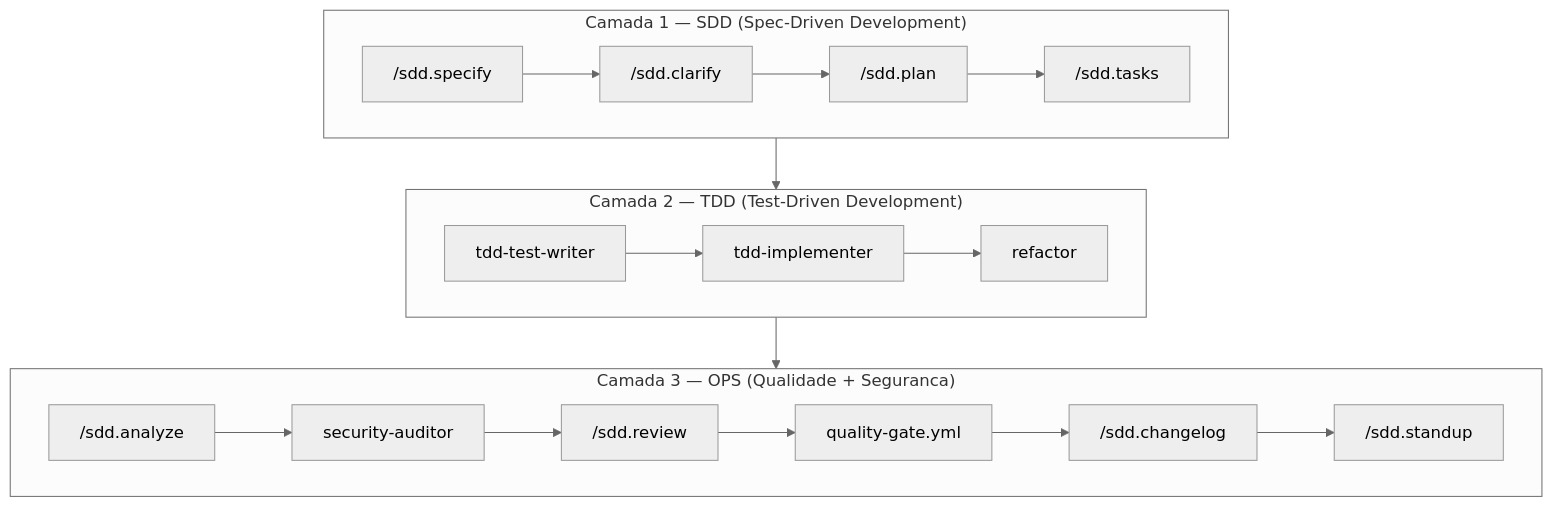
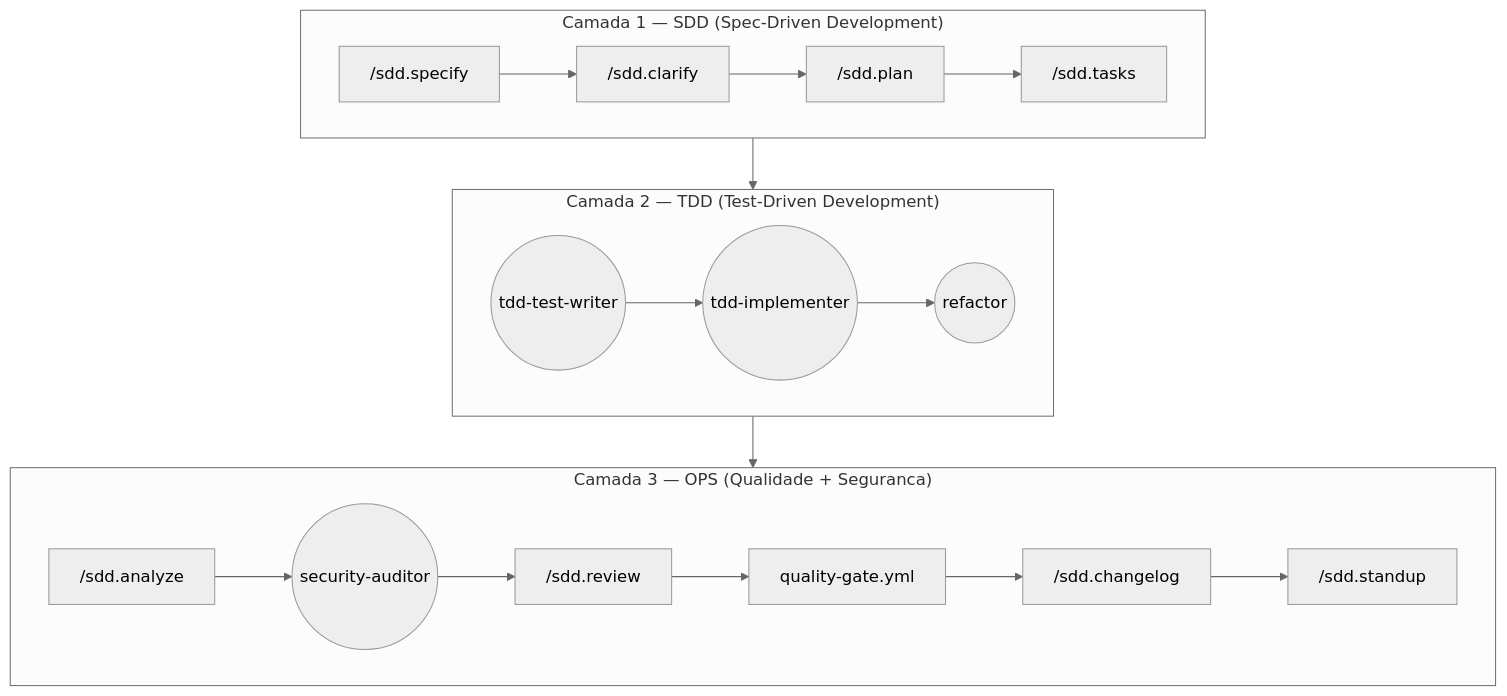
The diagram in README.pt-BR.md (jonatascatarina/ai-first-pipeline), drawn with Mermaid (neutral theme) before and after one commit. The commit also changed 1 other file, not shown here.

Commit message:
docs: differentiate agents (circles) from commands (rectangles) in pipeline diagram

````diff
--- a/README.pt-BR.md
+++ b/README.pt-BR.md
@@ -122,13 +122,13 @@
 ```mermaid
 flowchart TD
     subgraph L1 ["Camada 1 — SDD  (Spec-Driven Development)"]
         A["/sdd.specify"] --> B["/sdd.clarify"] --> C["/sdd.plan"] --> D["/sdd.tasks"]
     end
     subgraph L2 ["Camada 2 — TDD  (Test-Driven Development)"]
-        E["tdd-test-writer"] --> F["tdd-implementer"] --> G["refactor"]
+        E(("tdd-test-writer")) --> F(("tdd-implementer")) --> G(("refactor"))
     end
     subgraph L3 ["Camada 3 — OPS  (Qualidade + Seguranca)"]
-        H["/sdd.analyze"] --> I["security-auditor"] --> J["/sdd.review"] --> K["quality-gate.yml"] --> L["/sdd.changelog"] --> M["/sdd.standup"]
+        H["/sdd.analyze"] --> I(("security-auditor")) --> J["/sdd.review"] --> K["quality-gate.yml"] --> L["/sdd.changelog"] --> M["/sdd.standup"]
     end
     L1 --> L2 --> L3
 ```
````
